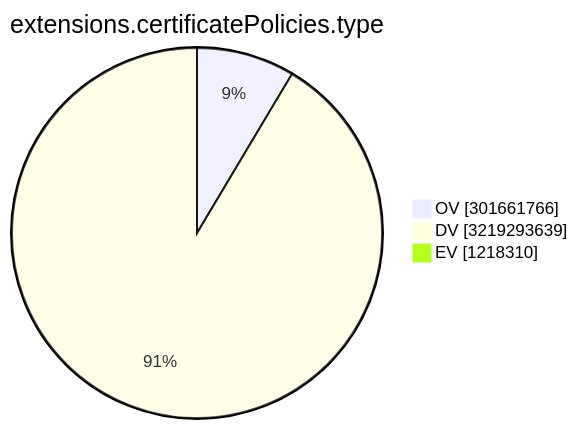
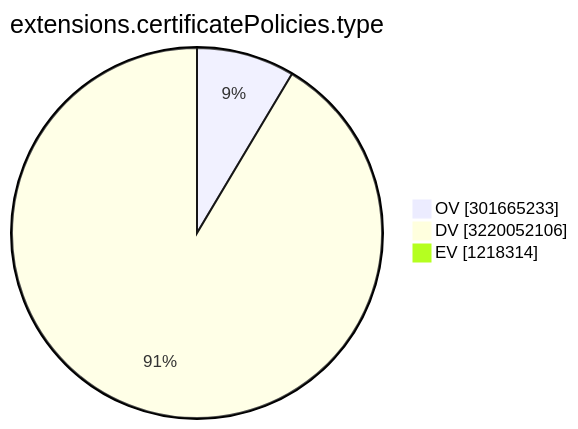
The ninth of 15 diagrams in TOTAL/README.md (christiankrug/ctmonitor_visualization), drawn with Mermaid before and after one commit. The commit also changed other lines of this file, not shown here.

````diff
--- a/TOTAL/README.md
+++ b/TOTAL/README.md
@@ -3106,7 +3106,7 @@
 ```mermaid
 pie showData
 title extensions.certificatePolicies.type
-"OV" :301661766
-"DV" :3219293639
-"EV" :1218310
+"OV" :301665233
+"DV" :3220052106
+"EV" :1218314
 ```
````
